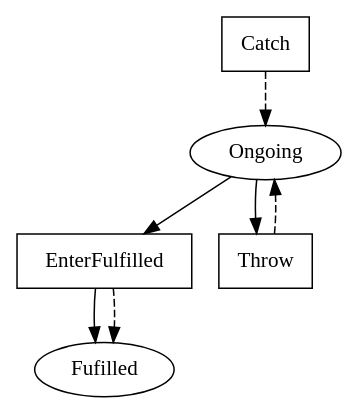
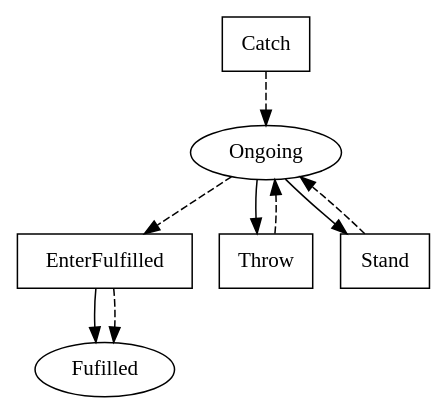
One commit to Marcao02/complaw-deeptech changed the diagram in linear_state_machine_language/pyL4/examples_graphviz_out/degenerate/minimal_future-actions.dot. Above: the diagram before and after it, drawn with Graphviz. The commit also changed 6 other files, not shown here.

```diff
--- a/linear_state_machine_language/pyL4/examples_graphviz_out/degenerate/minimal_future-actions.dot
+++ b/linear_state_machine_language/pyL4/examples_graphviz_out/degenerate/minimal_future-actions.dot
@@ -1,21 +1,24 @@
 // THIS IS A GENERATED FILE. DO NOT EDIT.
 
 digraph Collatz {    
     Fulfilled[label=Fufilled];
     Ongoing[label=Ongoing]
     
     EnterFulfilled[label=EnterFufilled,shape=box]; 
     Throw[label=Throw,shape=box];
+	Stand[label=Stand,shape=box];
 	Catch[label=Catch,shape=box];
 	EnterFulfilled[label=EnterFulfilled,shape=box]    
     
     EnterFulfilled -> Fulfilled;
     
-    Ongoing -> EnterFulfilled;
-	Ongoing -> Throw
+    Ongoing -> Throw;
+	Ongoing -> Stand;
+	Ongoing -> EnterFulfilled [style=dashed]
     
     Throw -> Ongoing [style=dashed];
+	Stand -> Ongoing [style=dashed];
 	Catch -> Ongoing [style=dashed];
 	EnterFulfilled -> Fulfilled [style=dashed];
 	        
 }
```
